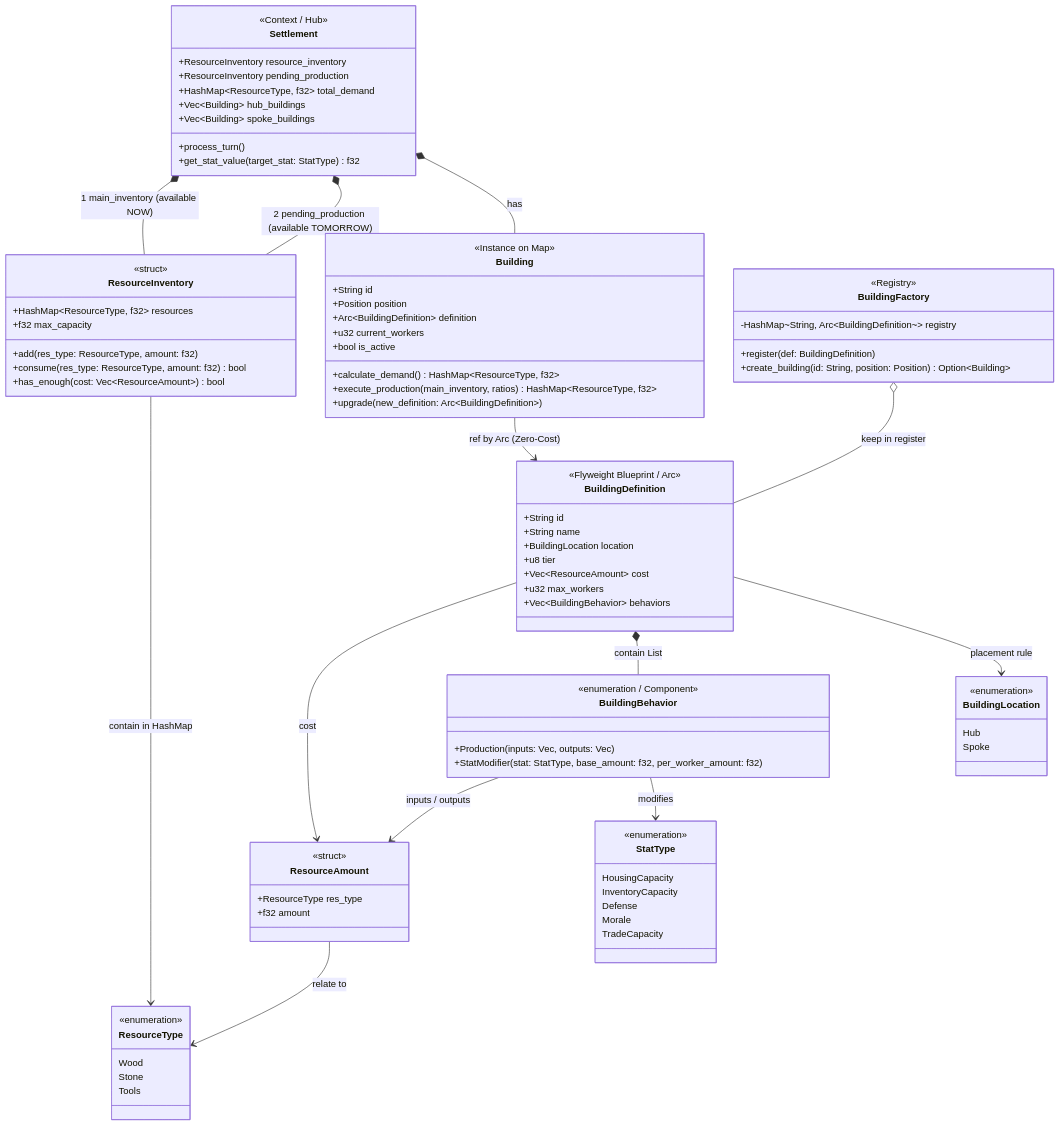
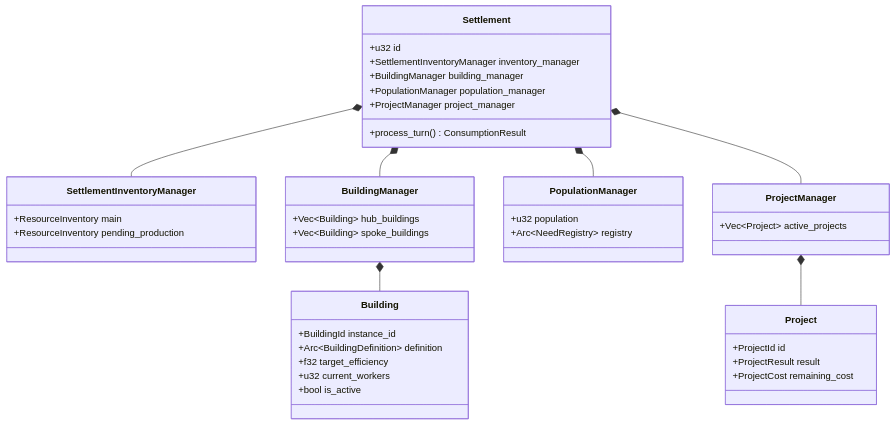
One commit to KMaksymilian/marl-grand-strategy-game changed the first of 2 diagrams in docs/architecture/settlements.md. Above: the diagram before and after it, drawn with Mermaid. The commit also changed other lines of this file and 5 other files, not shown here.

````diff
--- a/docs/architecture/settlements.md
+++ b/docs/architecture/settlements.md
@@ -48,110 +20,44 @@
 ```mermaid
 classDiagram
-    %% --- ENUMS ---
-    class ResourceType {
-        <<enumeration>>
-        Wood
-        Stone
-        Tools
+    class Settlement {
+        +u32 id
+        +SettlementInventoryManager inventory_manager
+        +BuildingManager building_manager
+        +PopulationManager population_manager
+        +ProjectManager project_manager
+        +process_turn() ConsumptionResult
     }
-
-    class StatType {
-        <<enumeration>>
-        HousingCapacity
-        InventoryCapacity
-        Defense
-        Morale
-        TradeCapacity
+    class SettlementInventoryManager {
+        +ResourceInventory main
+        +ResourceInventory pending_production
     }
-
-    class BuildingLocation { 
-        <<enumeration>> 
-        Hub 
-        Spoke
+    class BuildingManager {
+        +Vec~Building~ hub_buildings
+        +Vec~Building~ spoke_buildings
     }
-
-    %% --- STRUCTS ---
-    class ResourceAmount {
-        <<struct>>
-        +ResourceType res_type
-        +f32 amount
+    class PopulationManager {
+        +u32 population
+        +Arc~NeedRegistry~ registry
     }
-
-    class ResourceInventory {
-        <<struct>>
-        +HashMap~ResourceType, f32~ resources
-        +f32 max_capacity
-        +add(res_type: ResourceType, amount: f32)
-        +consume(res_type: ResourceType, amount: f32) bool
-        +has_enough(cost: Vec~ResourceAmount~) bool
+    class ProjectManager {
+        +Vec~Project~ active_projects
     }
-
-    %% --- BUILDINGS ---
-    class BuildingBehavior {
-        <<enumeration / Component>>
-        +Production(inputs: Vec, outputs: Vec)
-        +StatModifier(stat: StatType, base_amount: f32, per_worker_amount: f32)
-    }
-
-    %% --- (Flyweight) ---
-    class BuildingDefinition {
-        <<Flyweight Blueprint / Arc>>
-        +String id
-        +String name
-        +BuildingLocation location
-        +u8 tier
-        +Vec~ResourceAmount~ cost
-        +u32 max_workers
-        +Vec~BuildingBehavior~ behaviors
-    }
-
-    %% -----
     class Building {
-        <<Instance on Map>>
-        +String id
-        +Position position
+        +BuildingId instance_id
         +Arc~BuildingDefinition~ definition
+        +f32 target_efficiency
         +u32 current_workers
         +bool is_active
-		+calculate_demand() HashMap~ResourceType, f32~
-		+execute_production(main_inventory, ratios) HashMap~ResourceType, f32~
-        +upgrade(new_definition: Arc~BuildingDefinition~)
     }
-
-    class BuildingFactory {
-        <<Registry>>
-        -HashMap~String, Arc~BuildingDefinition~~ registry
-        +register(def: BuildingDefinition)
-        +create_building(id: String, position: Position) Option~Building~
+    class Project {
+        +ProjectId id
+        +ProjectResult result
+        +ProjectCost remaining_cost
     }
-
-    class Settlement {
-        <<Context / Hub>>
-        +ResourceInventory resource_inventory
-        +ResourceInventory pending_production 
-        +HashMap~ResourceType, f32~ total_demand
-        +Vec~Building~ hub_buildings 
-        +Vec~Building~ spoke_buildings
-        +process_turn()
-        +get_stat_value(target_stat: StatType) f32
-    }
-
-    %% --- RELATIONS ---
-    ResourceAmount --> ResourceType : relate to
-    ResourceInventory --> ResourceType : contain in HashMap
-    
-    BuildingDefinition --> ResourceAmount : cost
-    BuildingDefinition *-- BuildingBehavior : contain List
-    BuildingDefinition --> BuildingLocation : placement rule
-    
-    BuildingBehavior --> ResourceAmount : inputs / outputs
-    BuildingBehavior --> StatType : modifies
-    
-    BuildingFactory o-- BuildingDefinition : keep in register
-    
-    Building --> BuildingDefinition : ref by Arc (Zero-Cost)
-    
-	Settlement *-- ResourceInventory : 1 main_inventory (available NOW)
-	Settlement *-- ResourceInventory : 2 pending_production (available TOMORROW)
-    Settlement *-- Building : has
+    Settlement *-- SettlementInventoryManager
+    Settlement *-- BuildingManager
+    Settlement *-- PopulationManager
+    Settlement *-- ProjectManager
+    BuildingManager *-- Building
+    ProjectManager *-- Project
 ```
````
